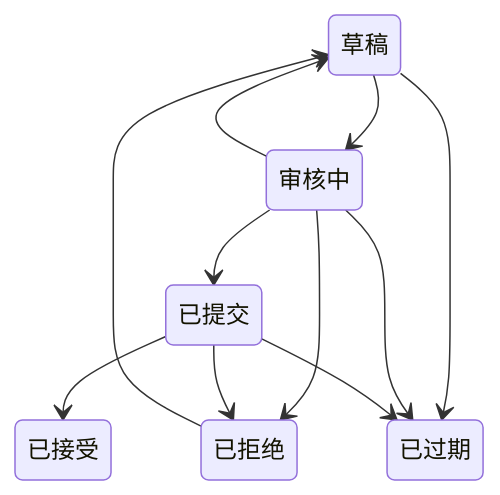
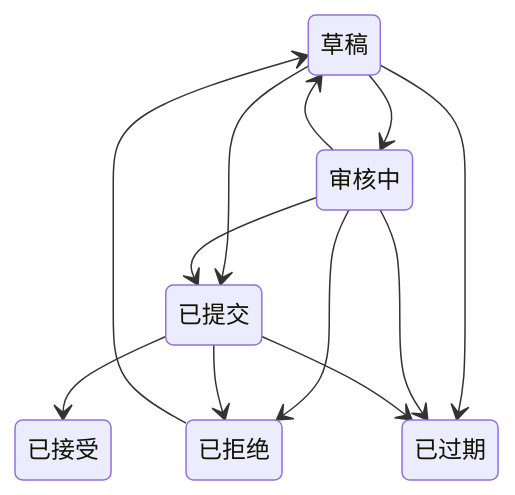
Before and after one commit to objectstack-ai/hotcrm: the diagram in src/revenue/docs/crm_revenue_quotes.zh.md, drawn with Mermaid. The commit also changed other lines of this file and 13 other files, not shown here.

````diff
--- a/src/revenue/docs/crm_revenue_quotes.zh.md
+++ b/src/revenue/docs/crm_revenue_quotes.zh.md
@@ -26,19 +26,20 @@
 ```mermaid
 stateDiagram-v2
   state "草稿" as draft
   state "审核中" as in_review
   state "已提交" as presented
   state "已接受" as accepted
   state "已拒绝" as rejected
   state "已过期" as expired
   draft --> in_review
+  draft --> presented
   draft --> expired
   in_review --> draft
   in_review --> presented
   in_review --> rejected
   in_review --> expired
   presented --> accepted
   presented --> rejected
   presented --> expired
   rejected --> draft
 ```
````
